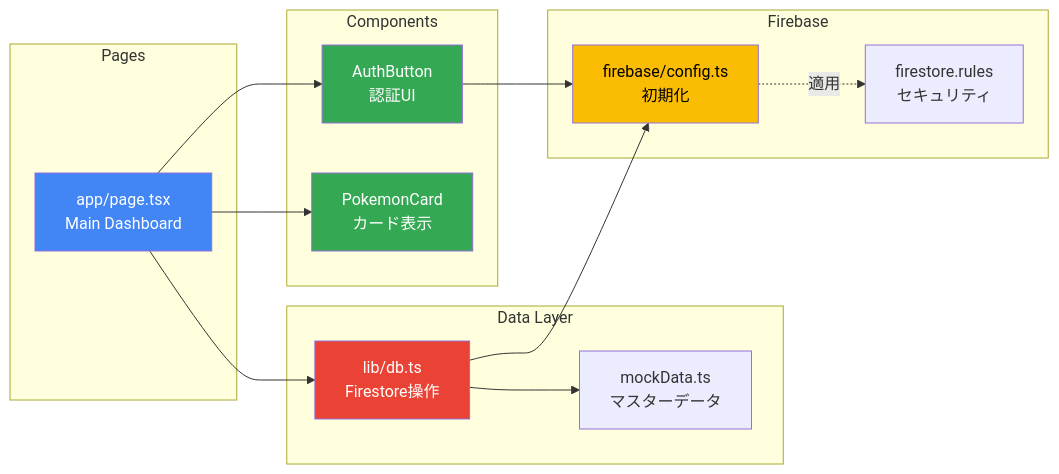
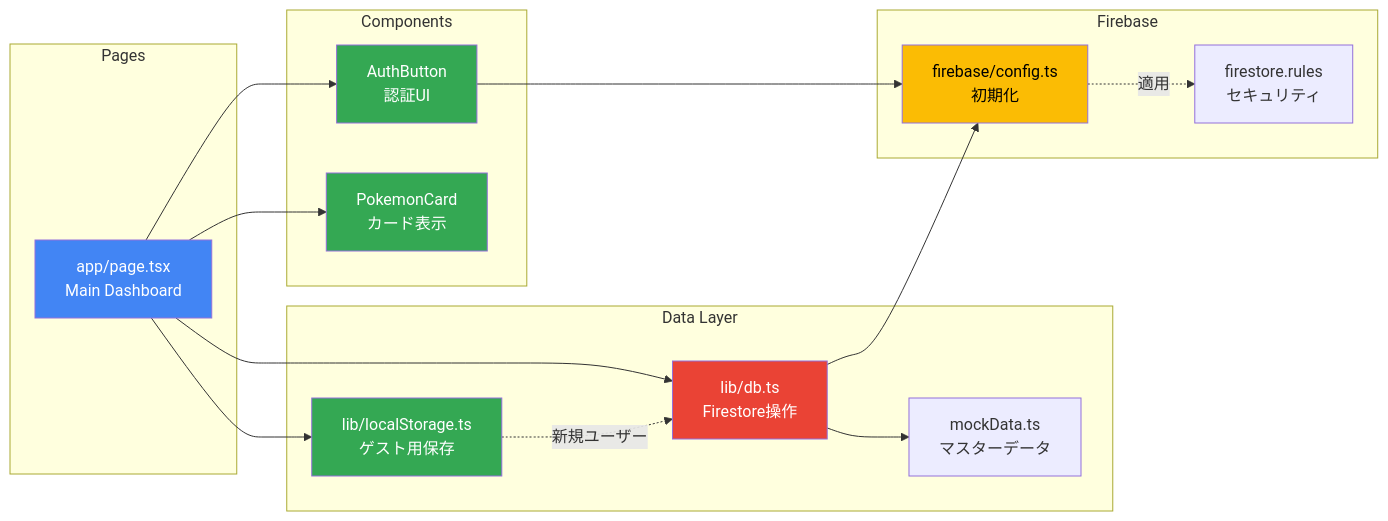
Before and after one commit to Kujo-n/pokesleepfaces: the second of 10 diagrams in docs/architecture.md, drawn with Mermaid. The commit also changed other lines of this file and 5 other files, not shown here.

Commit message:
docs: update documentation with localStorage and guest user features

````diff
--- a/docs/architecture.md
+++ b/docs/architecture.md
@@ -35,35 +39,39 @@
 ```mermaid
 graph LR
     subgraph "Pages"
         Page[app/page.tsx<br/>Main Dashboard]
     end
     
     subgraph "Components"
         AuthBtn[AuthButton<br/>認証UI]
         PokemonCard[PokemonCard<br/>カード表示]
     end
     
     subgraph "Data Layer"
         MockData[mockData.ts<br/>マスターデータ]
         DB[lib/db.ts<br/>Firestore操作]
+        LocalStore[lib/localStorage.ts<br/>ゲスト用保存]
     end
     
     subgraph "Firebase"
         Config[firebase/config.ts<br/>初期化]
         Rules[firestore.rules<br/>セキュリティ]
     end
     
     Page --> AuthBtn
     Page --> PokemonCard
     Page --> DB
+    Page --> LocalStore
     AuthBtn --> Config
     DB --> Config
     DB --> MockData
+    LocalStore -.新規ユーザー.-> DB
     Config -.適用.-> Rules
     
     style Page fill:#4285f4,color:#fff
     style AuthBtn fill:#34a853,color:#fff
     style PokemonCard fill:#34a853,color:#fff
     style DB fill:#ea4335,color:#fff
+    style LocalStore fill:#34a853,color:#fff
     style Config fill:#fbbc04,color:#000
 ```
````
